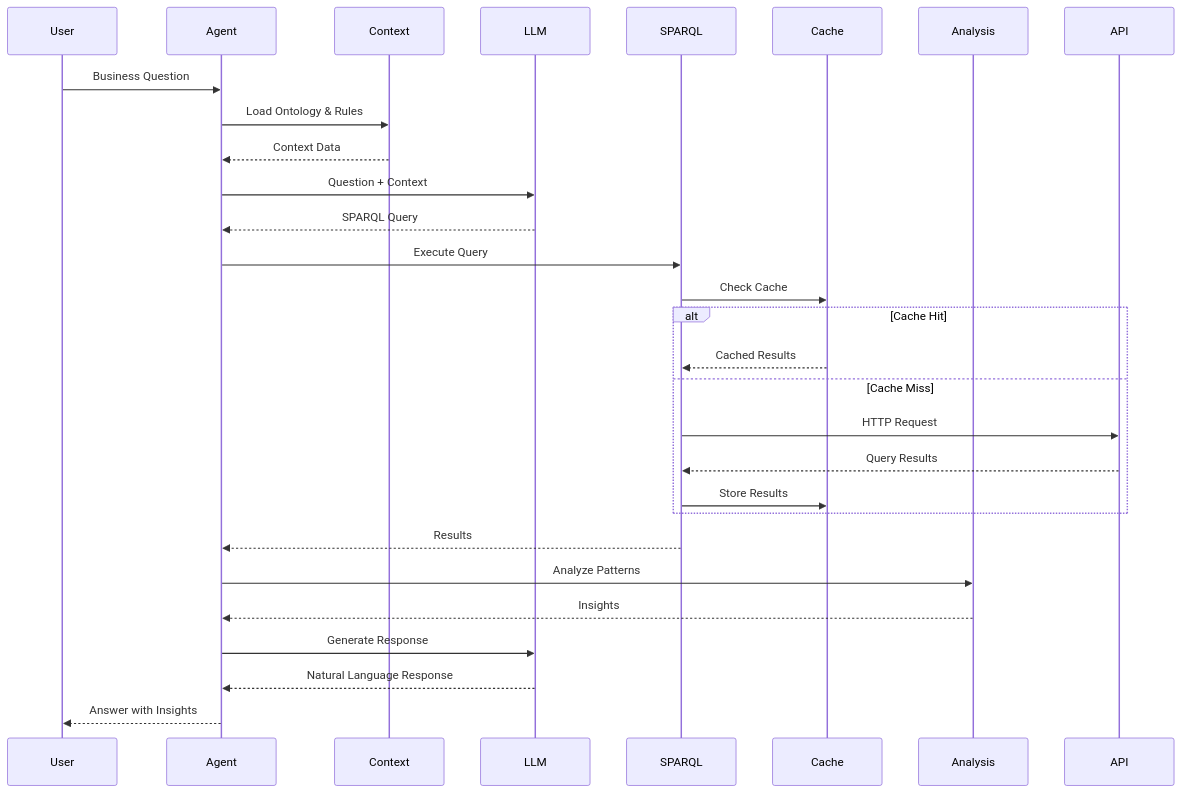
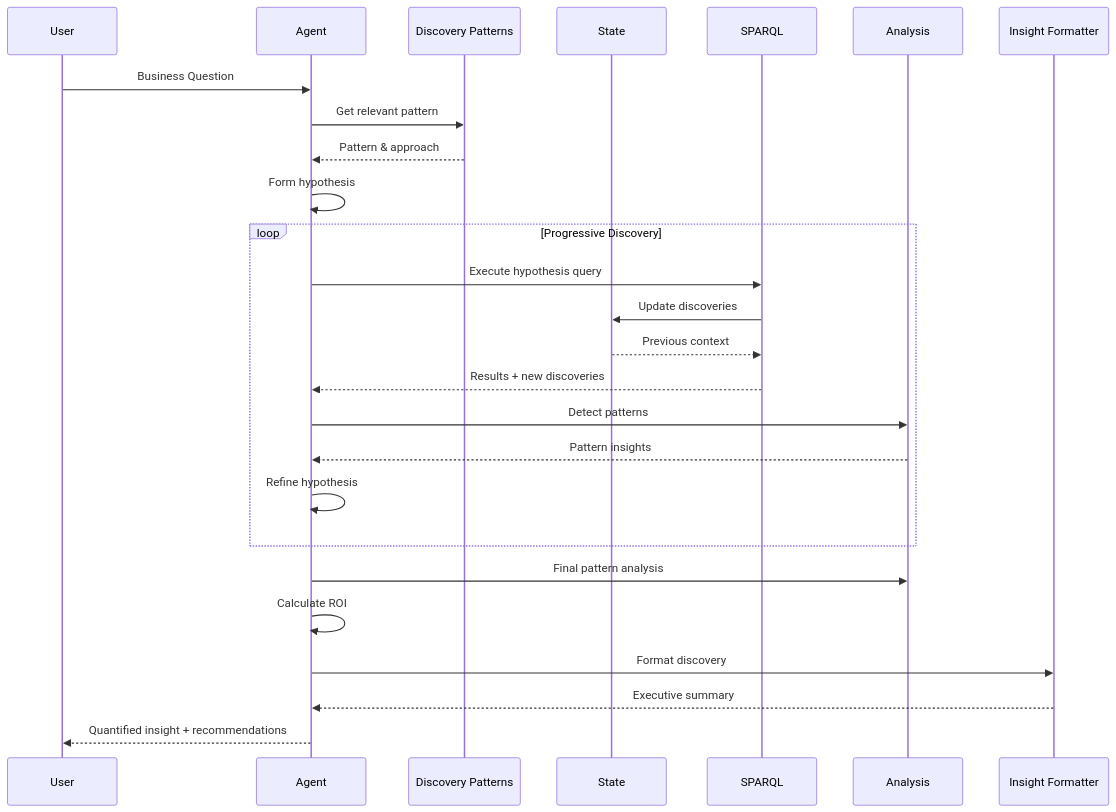
One commit to mcfitzgerald/ontology-project changed the second of 3 diagrams in SYSTEM_ARCHITECTURE.md. Above: the diagram before and after it, drawn with Mermaid. The commit also changed other lines of this file and 18 other files, not shown here.

````diff
--- a/SYSTEM_ARCHITECTURE.md
+++ b/SYSTEM_ARCHITECTURE.md
@@ -301,31 +318,31 @@
 ```mermaid
 sequenceDiagram
     participant User
     participant Agent
-    participant Context
-    participant LLM
+    participant Discovery as Discovery Patterns
+    participant State
     participant SPARQL
-    participant Cache
     participant Analysis
+    participant Insight as Insight Formatter
     
     User->>Agent: Business Question
-    Agent->>Context: Load Ontology & Rules
-    Context-->>Agent: Context Data
-    Agent->>LLM: Question + Context
-    LLM-->>Agent: SPARQL Query
-    Agent->>SPARQL: Execute Query
-    SPARQL->>Cache: Check Cache
-    alt Cache Hit
-        Cache-->>SPARQL: Cached Results
-    else Cache Miss
-        SPARQL->>API: HTTP Request
-        API-->>SPARQL: Query Results
-        SPARQL->>Cache: Store Results
+    Agent->>Discovery: Get relevant pattern
+    Discovery-->>Agent: Pattern & approach
+    Agent->>Agent: Form hypothesis
+    
+    loop Progressive Discovery
+        Agent->>SPARQL: Execute hypothesis query
+        SPARQL->>State: Update discoveries
+        State-->>SPARQL: Previous context
+        SPARQL-->>Agent: Results + new discoveries
+        Agent->>Analysis: Detect patterns
+        Analysis-->>Agent: Pattern insights
+        Agent->>Agent: Refine hypothesis
     end
-    SPARQL-->>Agent: Results
-    Agent->>Analysis: Analyze Patterns
-    Analysis-->>Agent: Insights
-    Agent->>LLM: Generate Response
-    LLM-->>Agent: Natural Language Response
-    Agent-->>User: Answer with Insights
+    
+    Agent->>Analysis: Final pattern analysis
+    Agent->>Agent: Calculate ROI
+    Agent->>Insight: Format discovery
+    Insight-->>Agent: Executive summary
+    Agent-->>User: Quantified insight + recommendations
 ```
````
